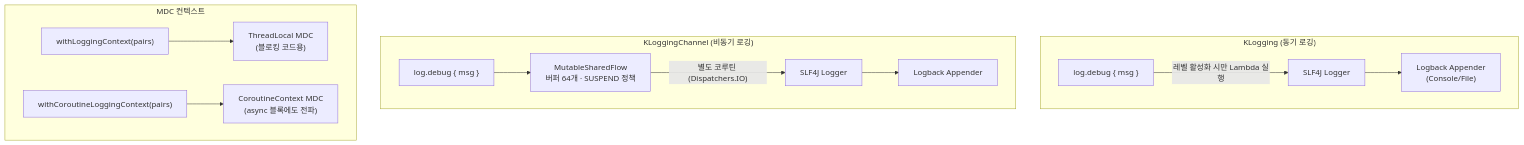
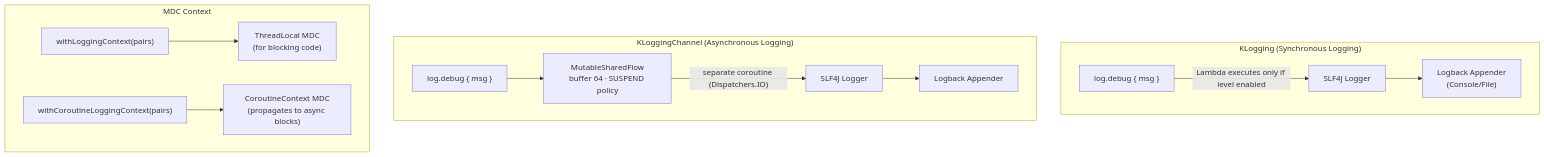
The second of 3 diagrams in bluetape4k/logging/README.md (bluetape4k/bluetape4k-projects), drawn with Mermaid before and after one commit. The commit also changed other lines of this file and 265 other files, not shown here.

````diff
--- a/bluetape4k/logging/README.md
+++ b/bluetape4k/logging/README.md
@@ -85,22 +87,22 @@
 ```mermaid
 flowchart TD
-    subgraph Sync["KLogging (동기 로깅)"]
+    subgraph Sync["KLogging (Synchronous Logging)"]
         direction LR
-        A1["log.debug { msg }"]:::coreStyle -->|"레벨 활성화 시만 Lambda 실행"| SLF4J["SLF4J Logger"]:::utilStyle
+        A1["log.debug { msg }"]:::coreStyle -->|"Lambda executes only if level enabled"| SLF4J["SLF4J Logger"]:::utilStyle
         SLF4J --> APPENDER["Logback Appender<br/>(Console/File)"]:::serviceStyle
     end
 
-    subgraph Async["KLoggingChannel (비동기 로깅)"]
+    subgraph Async["KLoggingChannel (Asynchronous Logging)"]
         direction LR
-        B1["log.debug { msg }"]:::asyncStyle --> CHANNEL["MutableSharedFlow<br/>버퍼 64개 · SUSPEND 정책"]:::asyncStyle
-        CHANNEL -->|"별도 코루틴 (Dispatchers.IO)"| SLF4J2["SLF4J Logger"]:::utilStyle
+        B1["log.debug { msg }"]:::asyncStyle --> CHANNEL["MutableSharedFlow<br/>buffer 64 · SUSPEND policy"]:::asyncStyle
+        CHANNEL -->|"separate coroutine (Dispatchers.IO)"| SLF4J2["SLF4J Logger"]:::utilStyle
         SLF4J2 --> APPENDER2["Logback Appender"]:::serviceStyle
     end
 
-    subgraph MDCContext["MDC 컨텍스트"]
+    subgraph MDCContext["MDC Context"]
         direction LR
-        C1["withLoggingContext(pairs)"]:::serviceStyle --> TL["ThreadLocal MDC<br/>(블로킹 코드용)"]:::utilStyle
-        C2["withCoroutineLoggingContext(pairs)"]:::asyncStyle --> CC["CoroutineContext MDC<br/>(async 블록에도 전파)"]:::asyncStyle
+        C1["withLoggingContext(pairs)"]:::serviceStyle --> TL["ThreadLocal MDC<br/>(for blocking code)"]:::utilStyle
+        C2["withCoroutineLoggingContext(pairs)"]:::asyncStyle --> CC["CoroutineContext MDC<br/>(propagates to async blocks)"]:::asyncStyle
     end
 
 ```
````
